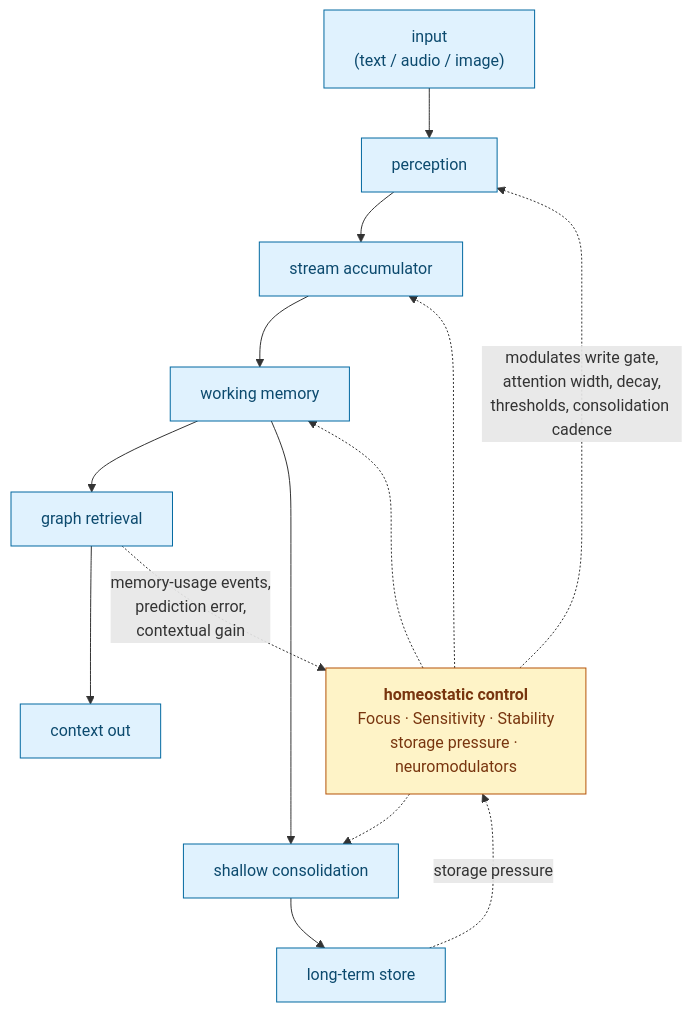
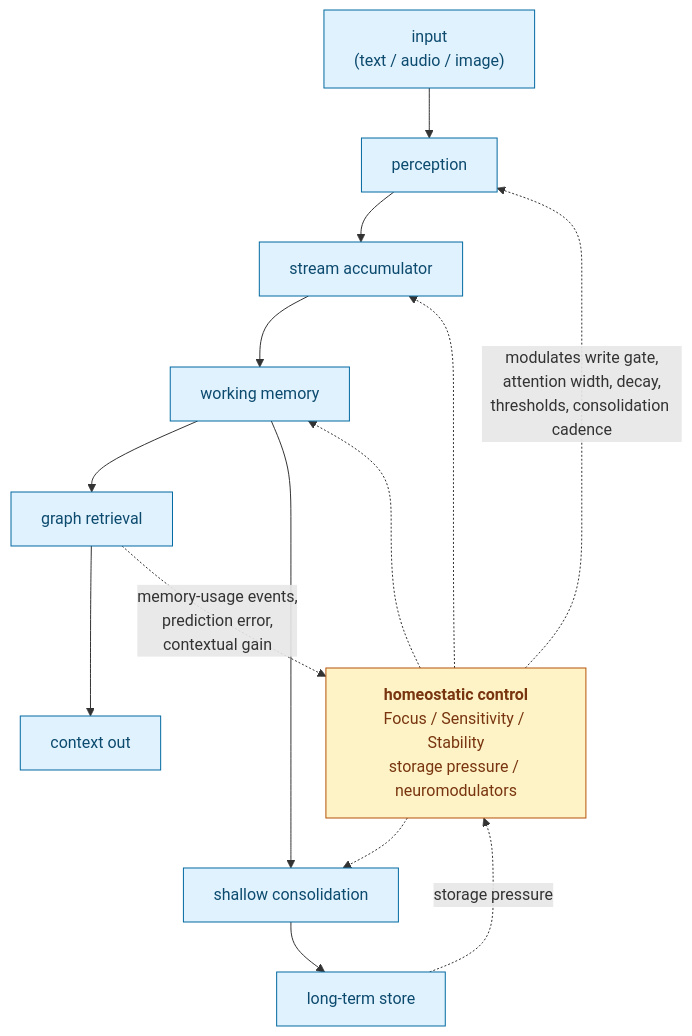
One commit to augmem/cortext.cpp changed the diagram in README.md. Above: the diagram before and after it, drawn with Mermaid. The commit also changed other lines of this file, not shown here.

````diff
--- a/README.md
+++ b/README.md
@@ -35,25 +145,25 @@
 ```mermaid
 flowchart TD
     input["input<br/>(text / audio / image)"] --> perception[perception]
     perception --> accumulator[stream accumulator]
     accumulator --> wm[working memory]
     wm --> retrieval[graph retrieval]
     retrieval --> ctx[context out]
     wm --> consolidation[shallow consolidation]
     consolidation --> ltm[long-term store]
 
     retrieval -. memory-usage events,<br/>prediction error,<br/>contextual gain .-> control
     ltm -. storage pressure .-> control
 
-    control["<b>homeostatic control</b><br/>Focus · Sensitivity · Stability<br/>storage pressure · neuromodulators"]
+    control["<b>homeostatic control</b><br/>Focus / Sensitivity / Stability<br/>storage pressure / neuromodulators"]
 
     control -. modulates write gate,<br/>attention width, decay,<br/>thresholds, consolidation cadence .-> perception
     control -.-> accumulator
     control -.-> wm
     control -.-> consolidation
 
     classDef loop fill:#fef3c7,stroke:#b45309,color:#78350f
     classDef flow fill:#e0f2fe,stroke:#0369a1,color:#0c4a6e
     class control loop
     class input,perception,accumulator,wm,retrieval,ctx,consolidation,ltm flow
 ```
````
